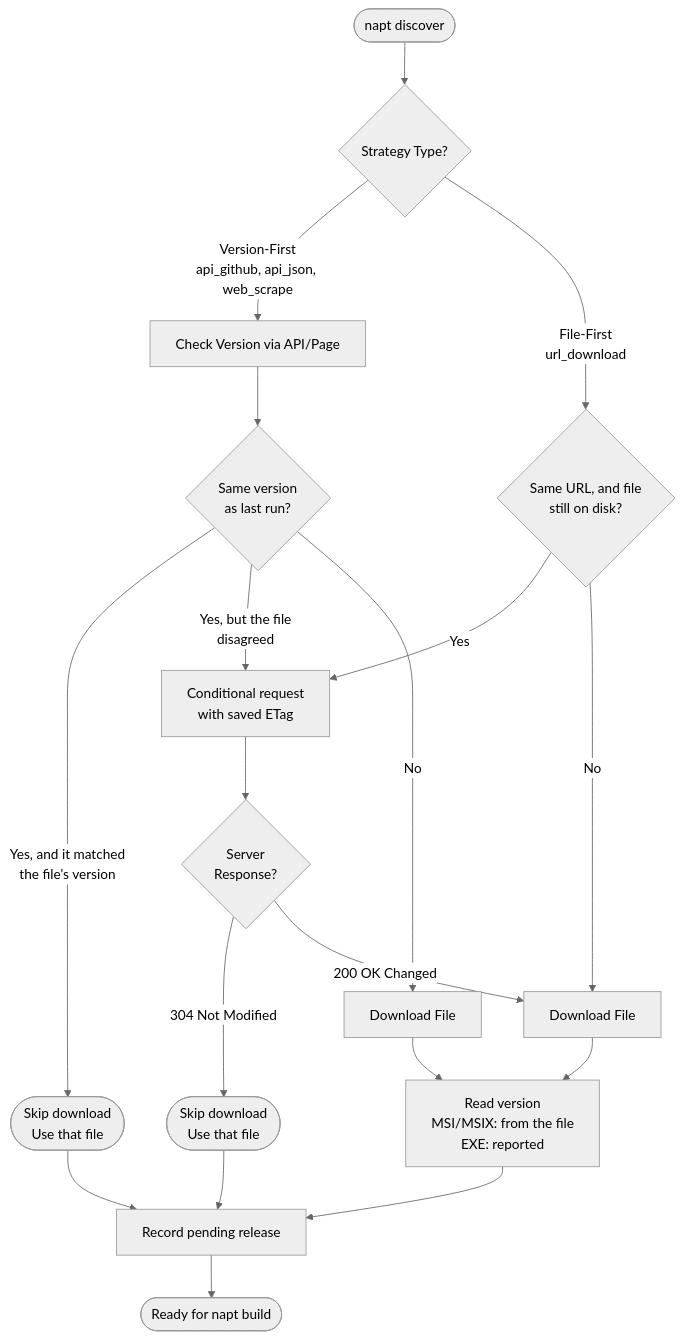
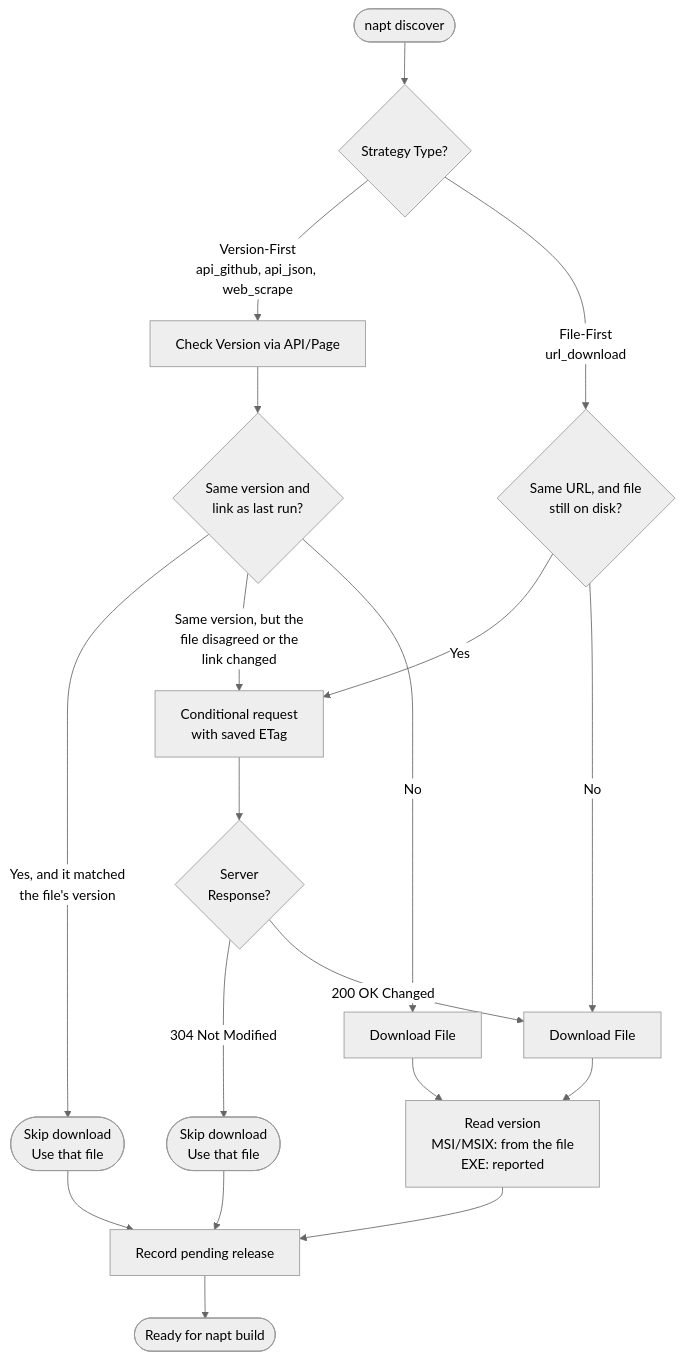
One commit to RogerCibrian/notapkgtool changed the second of 2 diagrams in docs/user-guide.md. Above: the diagram before and after it, drawn with Mermaid (neutral theme). The commit also changed other lines of this file and 13 other files, not shown here.

Commit message:
fix: Check the link and the file before reusing a download (#146)

````diff
--- a/docs/user-guide.md
+++ b/docs/user-guide.md
@@ -918,25 +918,25 @@
 ```mermaid
 flowchart TD
     Start([napt discover]) --> Strategy{Strategy Type?}
 
     Strategy -->|Version-First<br/>api_github, api_json, web_scrape| CheckVersion[Check Version via API/Page]
     Strategy -->|File-First<br/>url_download| HaveFile{Same URL, and file<br/>still on disk?}
 
-    CheckVersion --> SameVersion{Same version<br/>as last run?}
+    CheckVersion --> SameVersion{Same version and<br/>link as last run?}
     SameVersion -->|Yes, and it matched<br/>the file's version| Skip1([Skip download<br/>Use that file])
-    SameVersion -->|Yes, but the file<br/>disagreed| CheckETag
+    SameVersion -->|Same version, but the<br/>file disagreed or the<br/>link changed| CheckETag
     SameVersion -->|No| Download1[Download File]
 
     HaveFile -->|Yes| CheckETag[Conditional request<br/>with saved ETag]
     HaveFile -->|No| Download2[Download File]
     CheckETag --> ETagResponse{Server<br/>Response?}
     ETagResponse -->|304 Not Modified| Skip2([Skip download<br/>Use that file])
     ETagResponse -->|200 OK Changed| Download2
 
     Download1 --> ReadVersion[Read version<br/>MSI/MSIX: from the file<br/>EXE: reported]
     Download2 --> ReadVersion
     ReadVersion --> Pending[Record pending release]
     Skip1 --> Pending
     Skip2 --> Pending
     Pending --> Ready([Ready for napt build])
 ```
````
